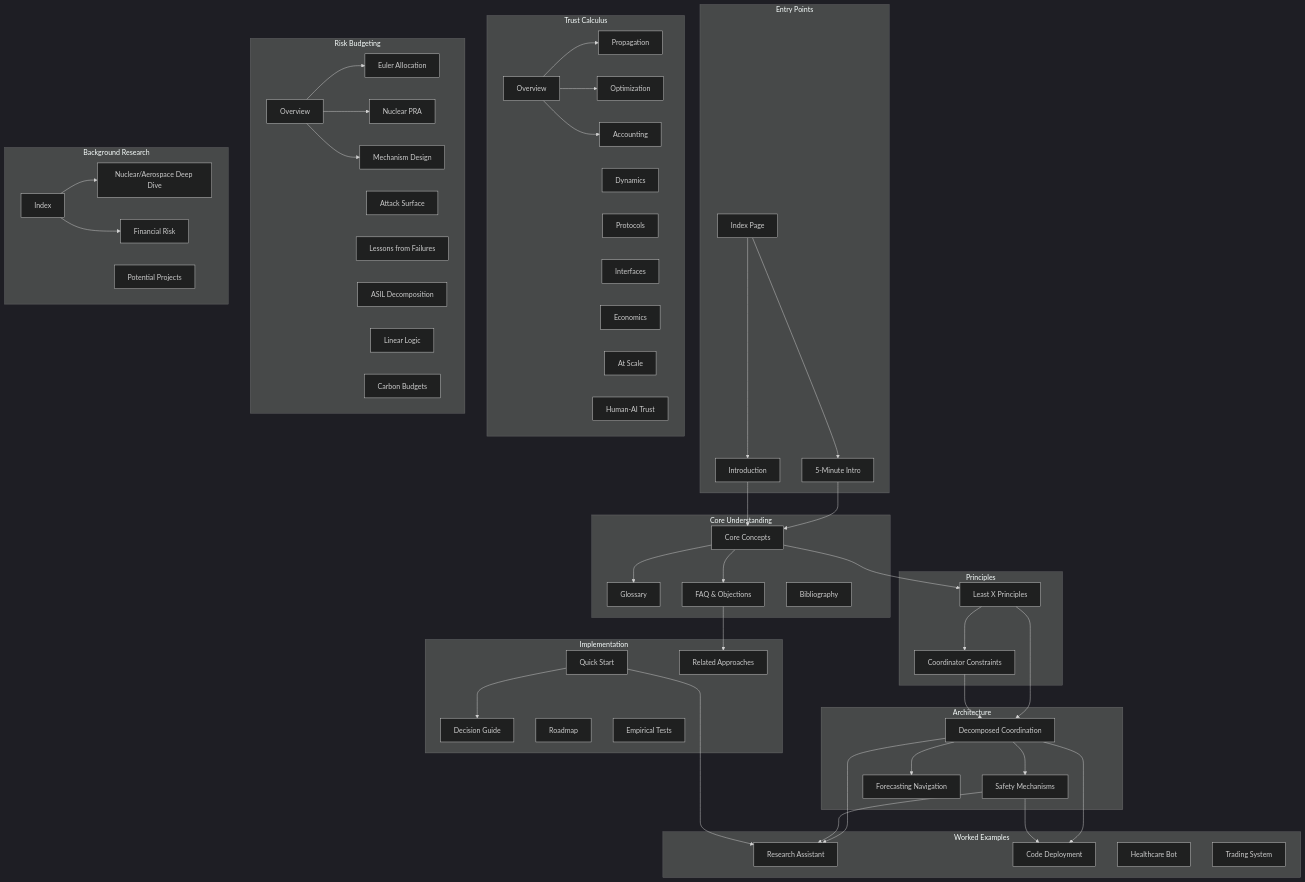
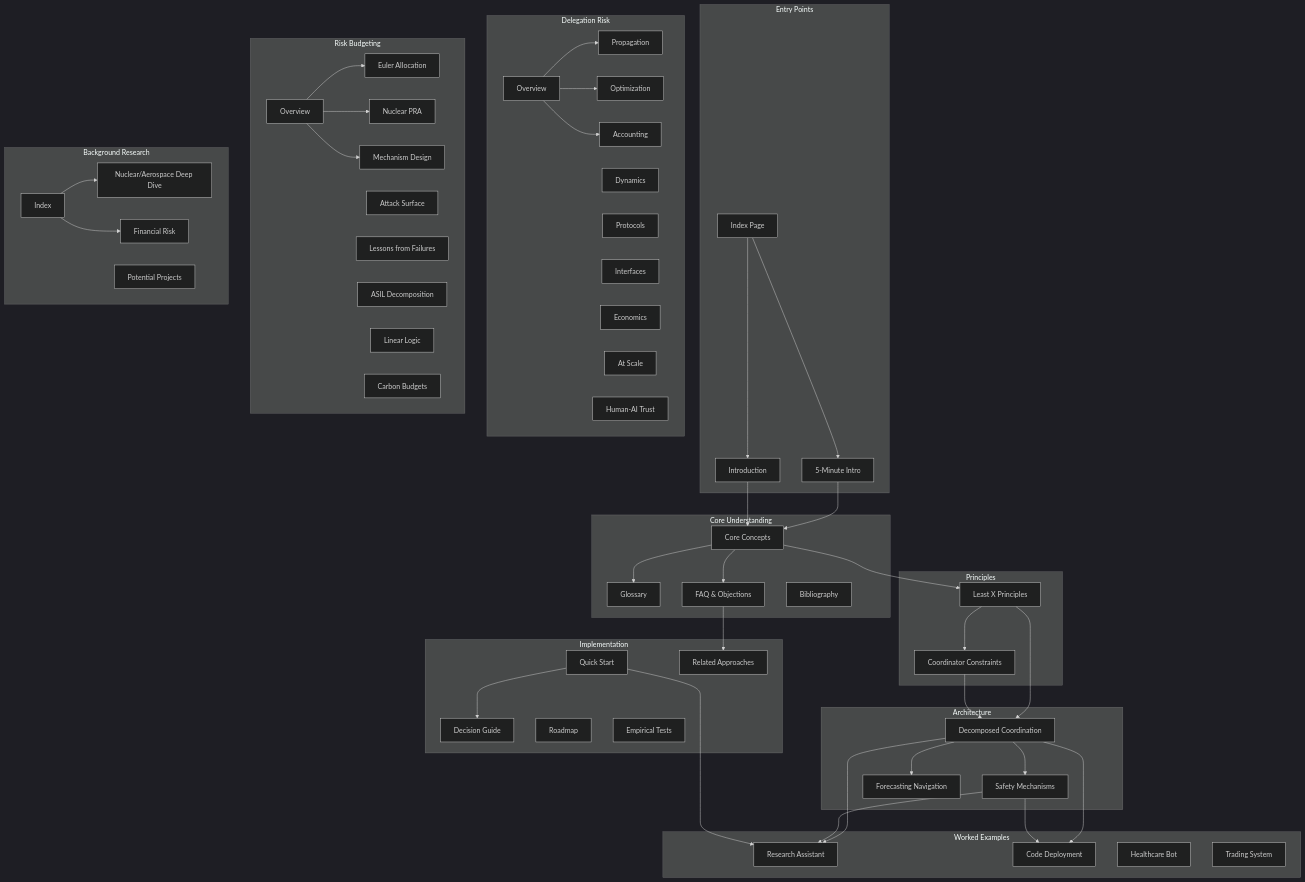
Before and after one commit to quantified-uncertainty/delegation-risk-framework: the diagram in src/content/docs/overview/site-map.md, drawn with Mermaid (dark theme). The commit also changed other lines of this file and 58 other files, not shown here.

```diff
--- a/src/content/docs/overview/site-map.md
+++ b/src/content/docs/overview/site-map.md
@@ -43,7 +43,7 @@
         TRADE[Trading System]
     end
 
-    subgraph TrustCalc["Trust Calculus"]
+    subgraph TrustCalc["Delegation Risk"]
         TCOV[Overview]
         PROP[Propagation]
         OPT[Optimization]
```
